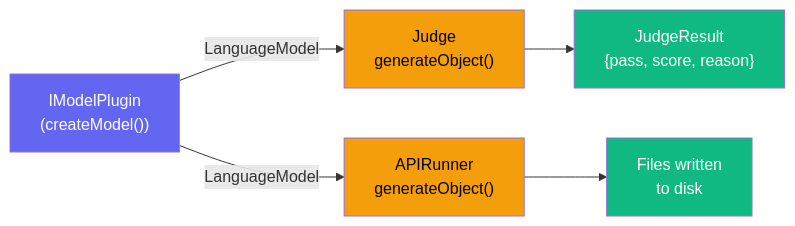
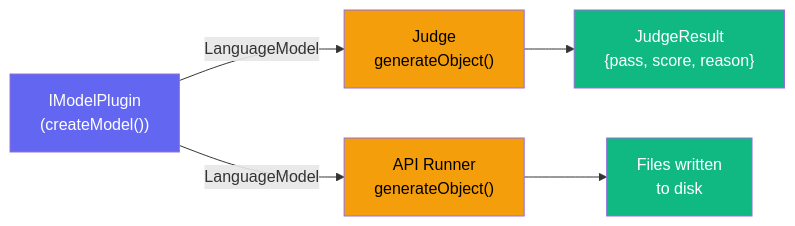
One commit to Tlahey/agent-eval changed the diagram in apps/docs/guide/plugins-llm.md. Above: the diagram before and after it, drawn with Mermaid. The commit also changed other lines of this file and 26 other files, not shown here.

````diff
--- a/apps/docs/guide/plugins-llm.md
+++ b/apps/docs/guide/plugins-llm.md
@@ -157,13 +154,13 @@
 ```mermaid
 flowchart LR
     MP["IModelPlugin<br/>(createModel())"] --> |"LanguageModel"| J["Judge<br/>generateObject()"]
-    MP --> |"LanguageModel"| AR["APIRunner<br/>generateObject()"]
+    MP --> |"LanguageModel"| AR["API Runner<br/>generateObject()"]
     J --> R["JudgeResult<br/>{pass, score, reason}"]
     AR --> F["Files written<br/>to disk"]
 
     style MP fill:#6366f1,color:#fff
     style J fill:#f59e0b,color:#000
     style AR fill:#f59e0b,color:#000
     style R fill:#10b981,color:#fff
     style F fill:#10b981,color:#fff
 ```
````
